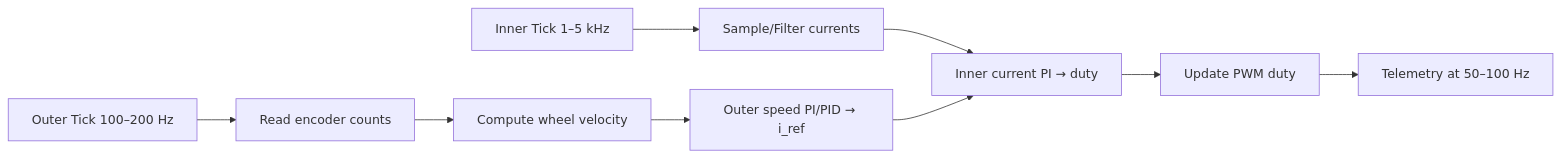
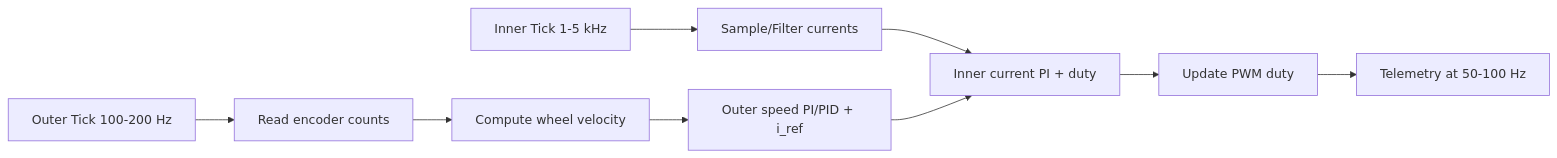
Before and after one commit to KartikMehta-1/AMR-development: the second of 3 diagrams in docs/firmware_motor_control.md, drawn with Mermaid. The commit also changed other lines of this file and 68 other files, not shown here.

````diff
--- a/docs/firmware_motor_control.md
+++ b/docs/firmware_motor_control.md
@@ -86,23 +86,23 @@
 ```mermaid
 graph LR
   %% Control tick sequence (cascaded example)
-  TICK_I[Inner Tick 1–5 kHz]
-  TICK_W[Outer Tick 100–200 Hz]
+  TICK_I[Inner Tick 1-5 kHz]
+  TICK_W[Outer Tick 100-200 Hz]
   SAMPLE_I[Sample/Filter currents]
   READ_W[Read encoder counts]
   EST_W[Compute wheel velocity]
-  CTRL_W[Outer speed PI/PID → i_ref]
-  CTRL_I[Inner current PI → duty]
+  CTRL_W[Outer speed PI/PID + i_ref]
+  CTRL_I[Inner current PI + duty]
   APPLY[Update PWM duty]
-  TEL[Telemetry at 50–100 Hz]
+  TEL[Telemetry at 50-100 Hz]
 
   TICK_I --> SAMPLE_I
   SAMPLE_I --> CTRL_I
   CTRL_I --> APPLY
   APPLY --> TEL
 
   TICK_W --> READ_W
   READ_W --> EST_W
   EST_W --> CTRL_W
   CTRL_W --> CTRL_I
 ```
````
